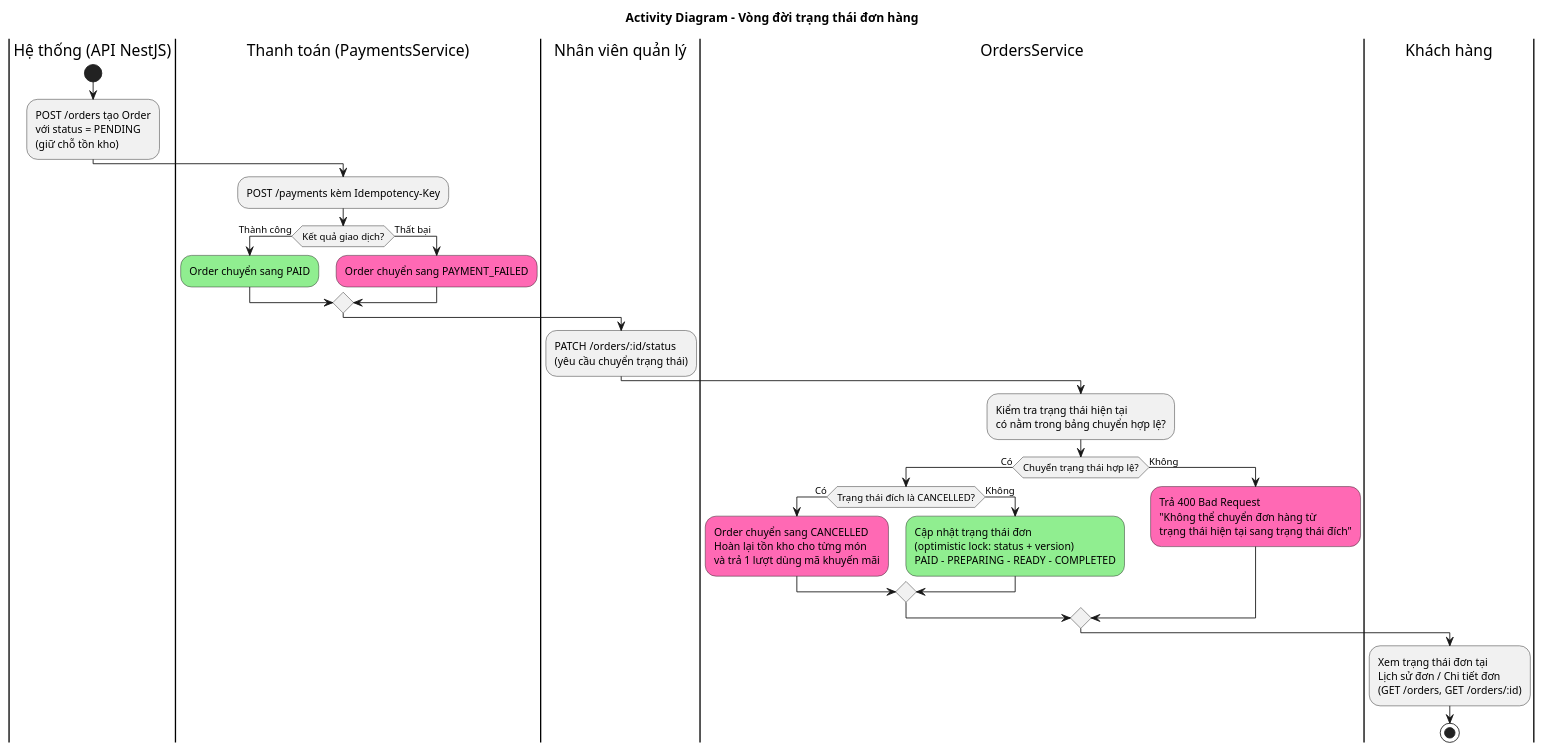
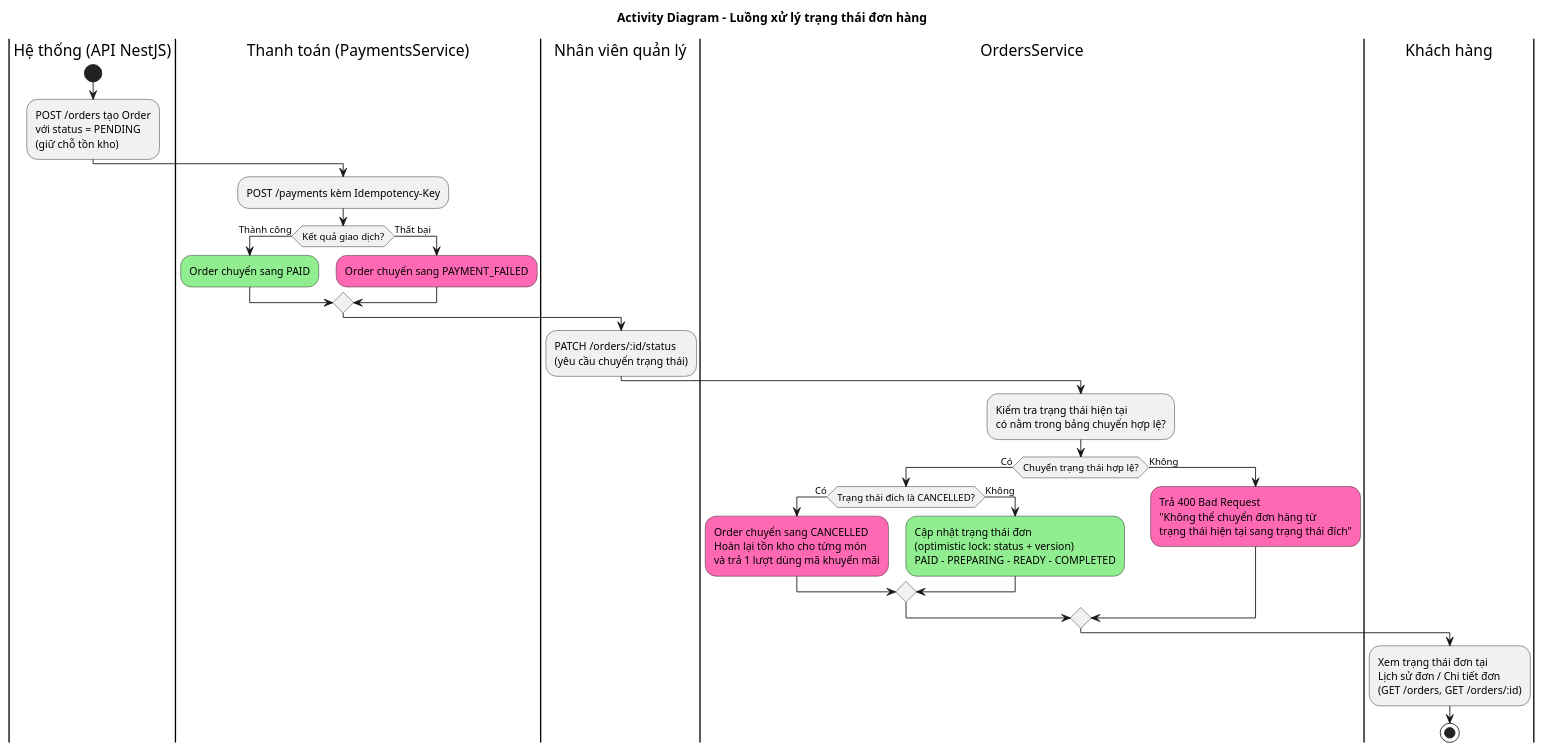
One commit to lmhau68/BrewLite2 changed the diagram in docs/Activity diagram/code/04-xu-ly-trang-thai-don-hang.puml. Above: the diagram before and after it, drawn with PlantUML. The commit also changed 1 other file, not shown here.

```diff
--- a/docs/Activity diagram/code/04-xu-ly-trang-thai-don-hang.puml
+++ b/docs/Activity diagram/code/04-xu-ly-trang-thai-don-hang.puml
@@ -1,30 +1,30 @@
 @startuml
-title Activity Diagram - Vòng đời trạng thái đơn hàng 
+title Activity Diagram - Luồng xử lý trạng thái đơn hàng
 
 |Hệ thống (API NestJS)|
 start
 :POST /orders tạo Order\nvới status = PENDING\n(giữ chỗ tồn kho);
 |Thanh toán (PaymentsService)|
 :POST /payments kèm Idempotency-Key;
 if (Kết quả giao dịch?) then (Thành công)
   #LightGreen:Order chuyển sang PAID;
 else (Thất bại)
   #HotPink:Order chuyển sang PAYMENT_FAILED;
 endif
 |Nhân viên quản lý|
 :PATCH /orders/:id/status\n(yêu cầu chuyển trạng thái);
 |OrdersService|
 :Kiểm tra trạng thái hiện tại\ncó nằm trong bảng chuyển hợp lệ?;
 if (Chuyển trạng thái hợp lệ?) then (Có)
   if (Trạng thái đích là CANCELLED?) then (Có)
     #HotPink:Order chuyển sang CANCELLED\nHoàn lại tồn kho cho từng món\nvà trả 1 lượt dùng mã khuyến mãi;
   else (Không)
     #LightGreen:Cập nhật trạng thái đơn\n(optimistic lock: status + version)\nPAID - PREPARING - READY - COMPLETED;
   endif
 else (Không)
   #HotPink:Trả 400 Bad Request\n"Không thể chuyển đơn hàng từ\ntrạng thái hiện tại sang trạng thái đích";
 endif
 |Khách hàng|
 :Xem trạng thái đơn tại\nLịch sử đơn / Chi tiết đơn\n(GET /orders, GET /orders/:id);
 stop
 @enduml
```
